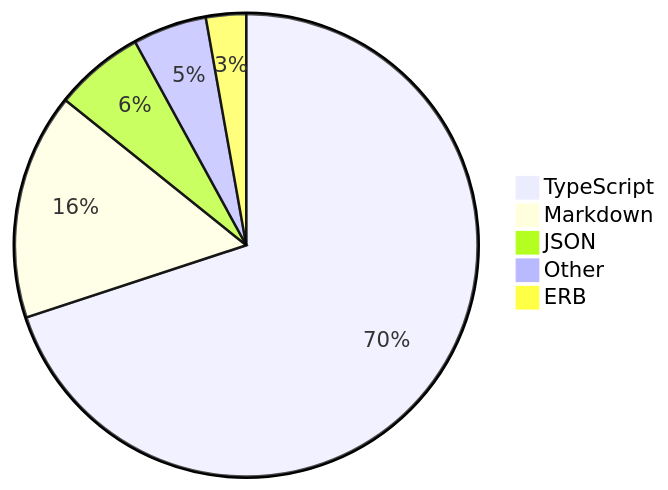
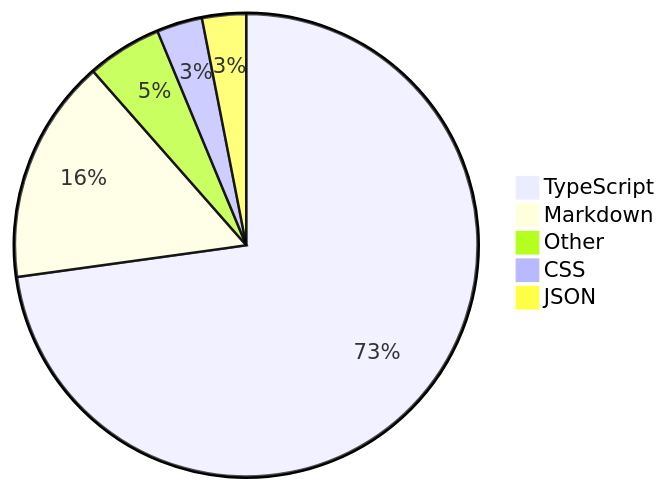
Before and after one commit to skvggor/skvggor: the diagram in README.md, drawn with Mermaid.

Commit message:
Updated waka-readme graph with new metrics

````diff
--- a/README.md
+++ b/README.md
@@ -35,8 +35,8 @@
 ```mermaid
 pie
-    "TypeScript" : 62.4
-    "Markdown" : 14.1
-    "JSON" : 5.6
+    "TypeScript" : 64.0
+    "Markdown" : 13.8
     "Other" : 4.6
-    "ERB" : 2.5
+    "CSS" : 2.8
+    "JSON" : 2.7
 ```
````
